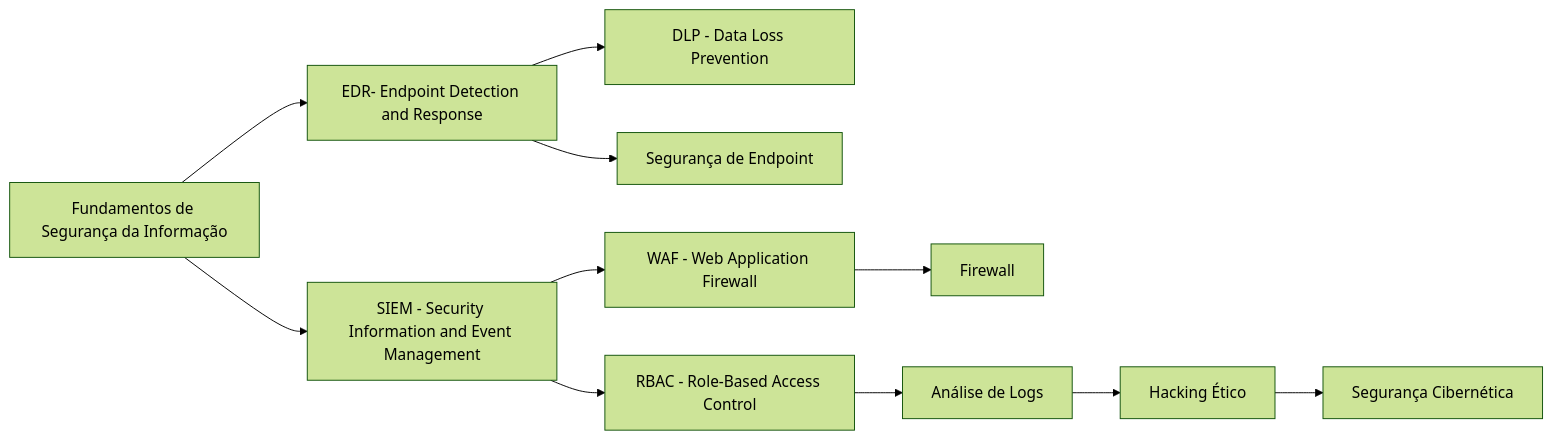
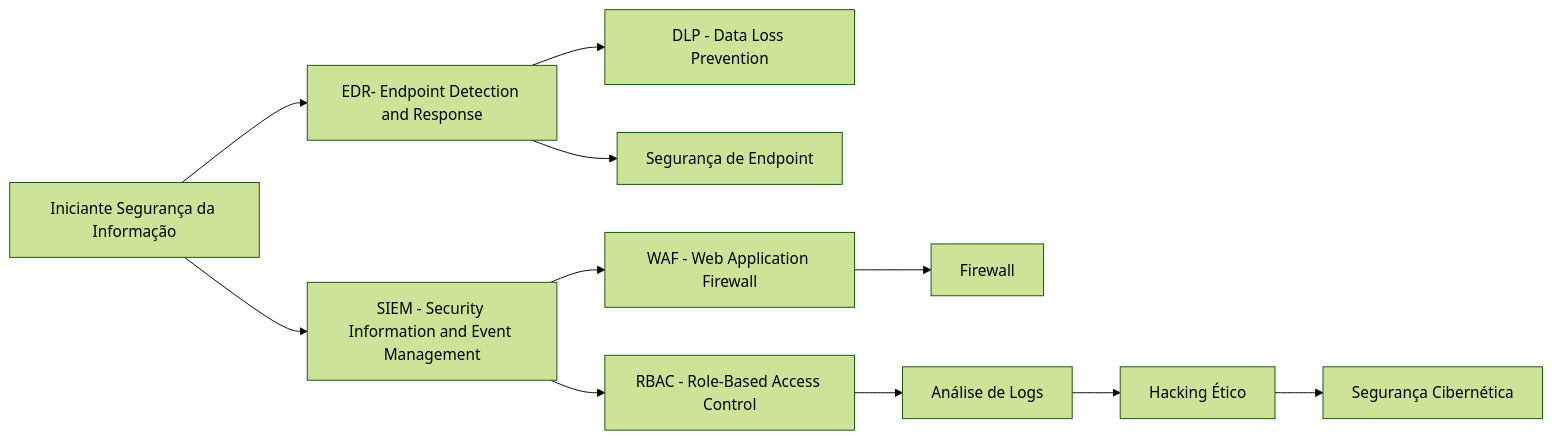
The second of 4 diagrams in README.md (socialhiveconnect/Seg.Info), drawn with Mermaid (forest theme) before and after one commit. The commit also changed other lines of this file, not shown here.

````diff
--- a/README.md
+++ b/README.md
@@ -140,15 +140,15 @@
 ```mermaid
   graph LR;
-    A[Fundamentos de Segurança da Informação] --> B[EDR- Endpoint Detection and Response];
+    A[Iniciante Segurança da Informação] --> B[EDR- Endpoint Detection and Response];
     A --> C[SIEM - Security Information and Event Management];
     B --> D[DLP - Data Loss Prevention];
     B --> E[Segurança de Endpoint];
     C --> F[RBAC - Role-Based Access Control];
     C --> G[WAF - Web Application Firewall];
     G --> H[Firewall];
     F --> I[Análise de Logs];
     I --> J[Hacking Ético];
     J --> K[Segurança Cibernética];
 
-      click A "https://github.com/socialhiveconnect/Seg.Info/tree/main/iniciante" "Veja o repositório de Iniciantes"
+      click A "https://github.com/socialhiveconnect/Seg.Info/tree/main/iniciante" "Veja o repositório de Iniciante"
 ```
````
